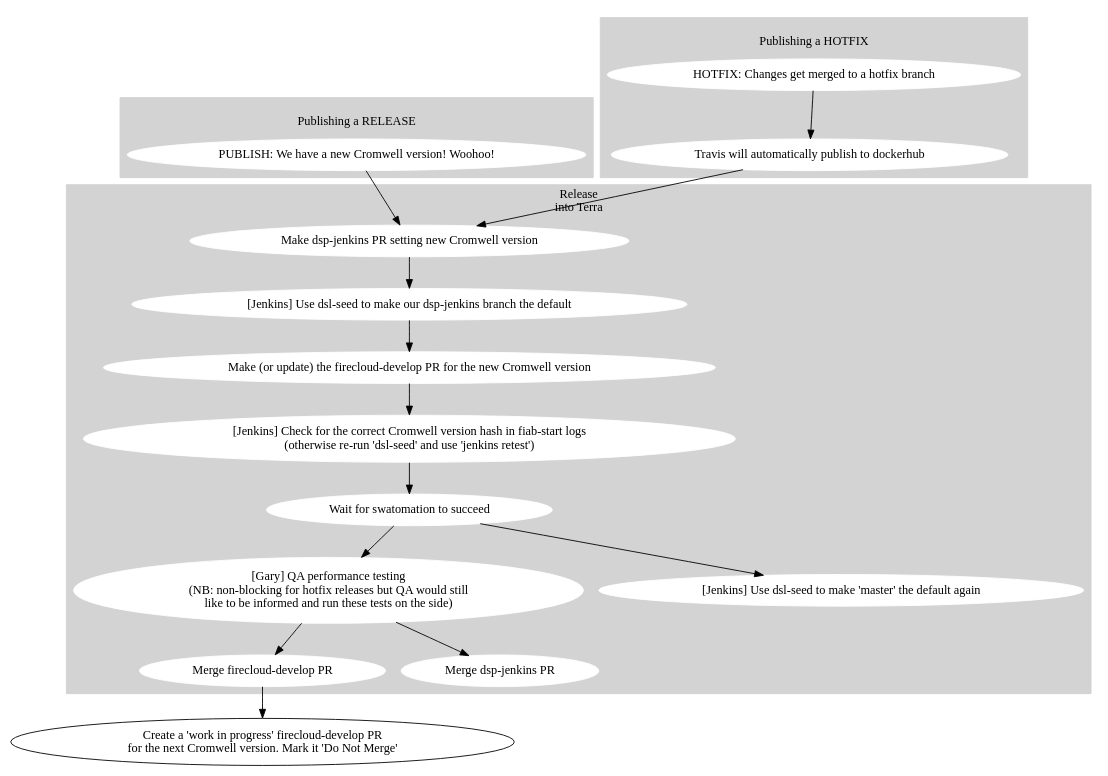
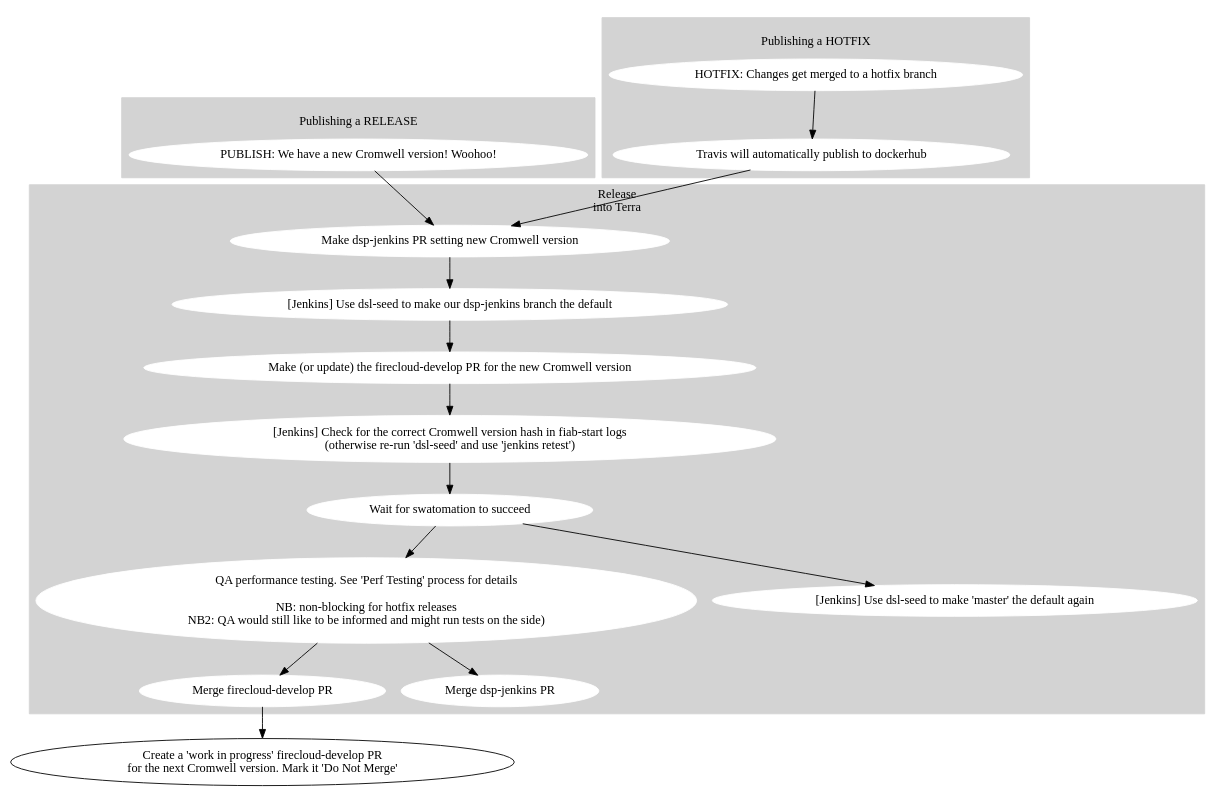
One commit to broadinstitute/cromwell changed the diagram in processes/release_processes/firecloud-develop.dot. Above: the diagram before and after it, drawn with Graphviz. The commit also changed 4 other files, not shown here.

Commit message:
Do-It-Ourselves Perf Testing

```diff
--- a/processes/release_processes/firecloud-develop.dot
+++ b/processes/release_processes/firecloud-develop.dot
@@ -1,70 +1,70 @@
 digraph {
 
   # Nodes
 
   subgraph cluster_0 {
     label="\lPublishing a RELEASE"
     style=filled
     node [style=filled,color=white];
     color="lightgrey"
 
     release_cromwell [shape=oval label="PUBLISH: We have a new Cromwell version! Woohoo!"];
   }
 
   subgraph cluster_1 {
     label="\lPublishing a HOTFIX"
     style=filled
     node [style=filled,color=white];
     color="lightgrey"
 
     hotfix_changes [shape=oval label="HOTFIX: Changes get merged to a hotfix branch"];
     publish_hotfix [shape=oval label="Travis will automatically publish to dockerhub"];
   }
 
   subgraph cluster_2 {
     label="Release\ninto Terra"
     style=filled
     node [style=filled,color=white];
     color="lightgrey"
 
     fcdev_pr [shape=oval label="Make (or update) the firecloud-develop PR for the new Cromwell version"];
     confirm_cromwell_v [shape=oval label="[Jenkins] Check for the correct Cromwell version hash in fiab-start logs\n(otherwise re-run 'dsl-seed' and use 'jenkins retest')"];
     confirm_cromwell_v [shape=oval label="[Jenkins] Check for the correct Cromwell version hash in fiab-start logs\n(otherwise re-run 'dsl-seed' and use 'jenkins retest')"];
     fcdev_success [shape=oval label="Wait for swatomation to succeed"];
 
     fcdev_merge [shape=oval label="Merge firecloud-develop PR"];
 
     dspjenkins_PR [shape=oval label="Make dsp-jenkins PR setting new Cromwell version"];
     dspjenkins_merge [shape=oval label="Merge dsp-jenkins PR"];
 
-    qa_perf [shape=oval label="[Gary] QA performance testing\n(NB: non-blocking for hotfix releases but QA would still\nlike to be informed and run these tests on the side)"];
+    qa_perf [shape=oval label="QA performance testing. See 'Perf Testing' process for details\n\nNB: non-blocking for hotfix releases\nNB2: QA would still like to be informed and might run tests on the side)"];
 
     jenkins_set [shape=oval label="[Jenkins] Use dsl-seed to make our dsp-jenkins branch the default"];
     jenkins_reset [shape=oval label="[Jenkins] Use dsl-seed to make 'master' the default again"];
 
   }
 
   fcdev_upnext [shape=oval label="Create a 'work in progress' firecloud-develop PR\nfor the next Cromwell version. Mark it 'Do Not Merge'"];
 
   # Edges
 
   hotfix_changes -> publish_hotfix
   publish_hotfix -> dspjenkins_PR
 
   release_cromwell -> dspjenkins_PR
 
   fcdev_pr -> confirm_cromwell_v
 
   dspjenkins_PR -> jenkins_set
 
   jenkins_set -> fcdev_pr
   confirm_cromwell_v -> fcdev_success
 
   fcdev_success -> jenkins_reset
   fcdev_success -> qa_perf
 
   qa_perf -> dspjenkins_merge
   qa_perf -> fcdev_merge
 
   fcdev_merge -> fcdev_upnext
 }
```
